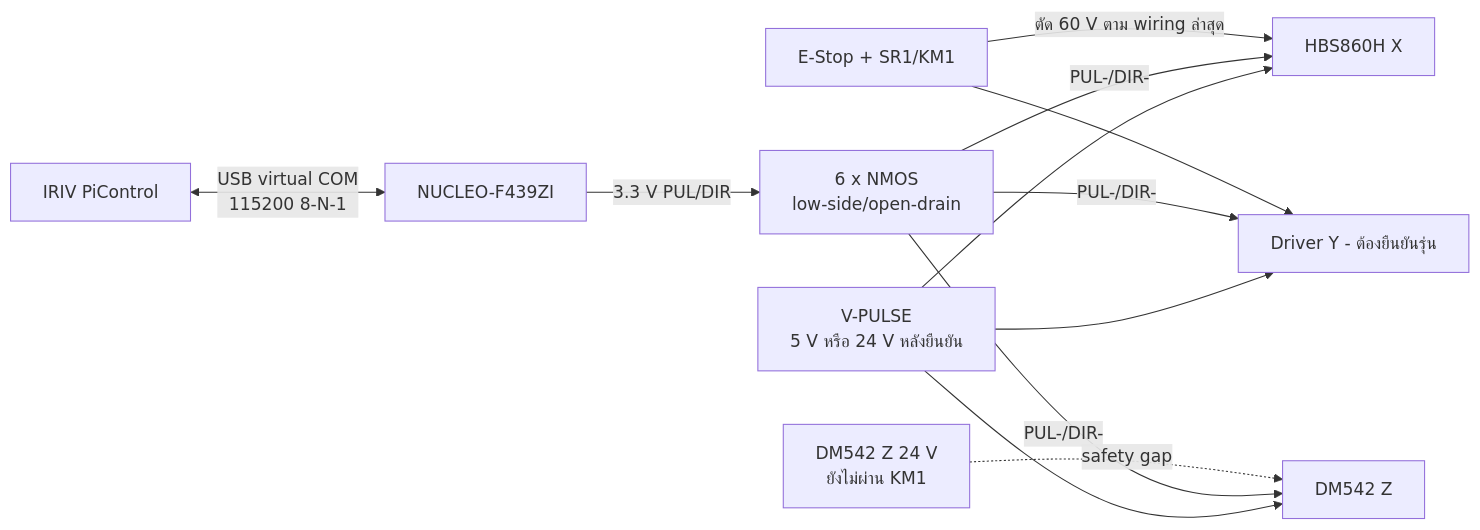
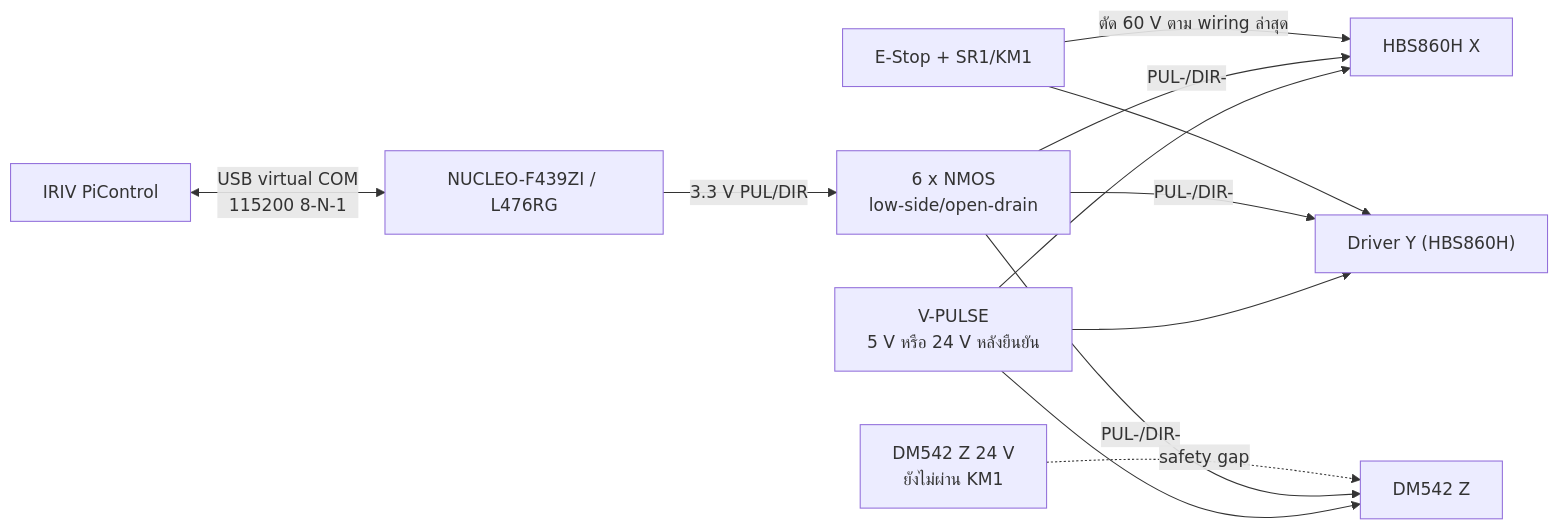
Before and after one commit to prongnaruebest/NaritVendingMachine: the diagram in docs/STM32_NMOS_CURRENT_WIRING_TH.md, drawn with Mermaid. The commit also changed other lines of this file and 1 other file, not shown here.

First line of the commit message:
docs: add NUCLEO-L476RG pin mapping and migration guide to STM32_NMOS_CURRENT_WIRING_TH

````diff
--- a/docs/STM32_NMOS_CURRENT_WIRING_TH.md
+++ b/docs/STM32_NMOS_CURRENT_WIRING_TH.md
@@ -19,14 +19,14 @@
 ```mermaid
 flowchart LR
-    PI["IRIV PiControl"] <-->|"USB virtual COM\n115200 8-N-1"| ST["NUCLEO-F439ZI"]
+    PI["IRIV PiControl"] <-->|"USB virtual COM\n115200 8-N-1"| ST["NUCLEO-F439ZI / L476RG"]
     ST -->|"3.3 V PUL/DIR"| Q["6 x NMOS\nlow-side/open-drain"]
     V["V-PULSE\n5 V หรือ 24 V หลังยืนยัน"] --> DX["HBS860H X"]
-    V --> DY["Driver Y - ต้องยืนยันรุ่น"]
+    V --> DY["Driver Y (HBS860H)"]
     V --> DZ["DM542 Z"]
     Q -->|"PUL-/DIR-"| DX
     Q -->|"PUL-/DIR-"| DY
     Q -->|"PUL-/DIR-"| DZ
     SAFE["E-Stop + SR1/KM1"] -->|"ตัด 60 V ตาม wiring ล่าสุด"| DX
     SAFE --> DY
     GAP["DM542 Z 24 V\nยังไม่ผ่าน KM1"] -. "safety gap" .-> DZ
 ```
````
